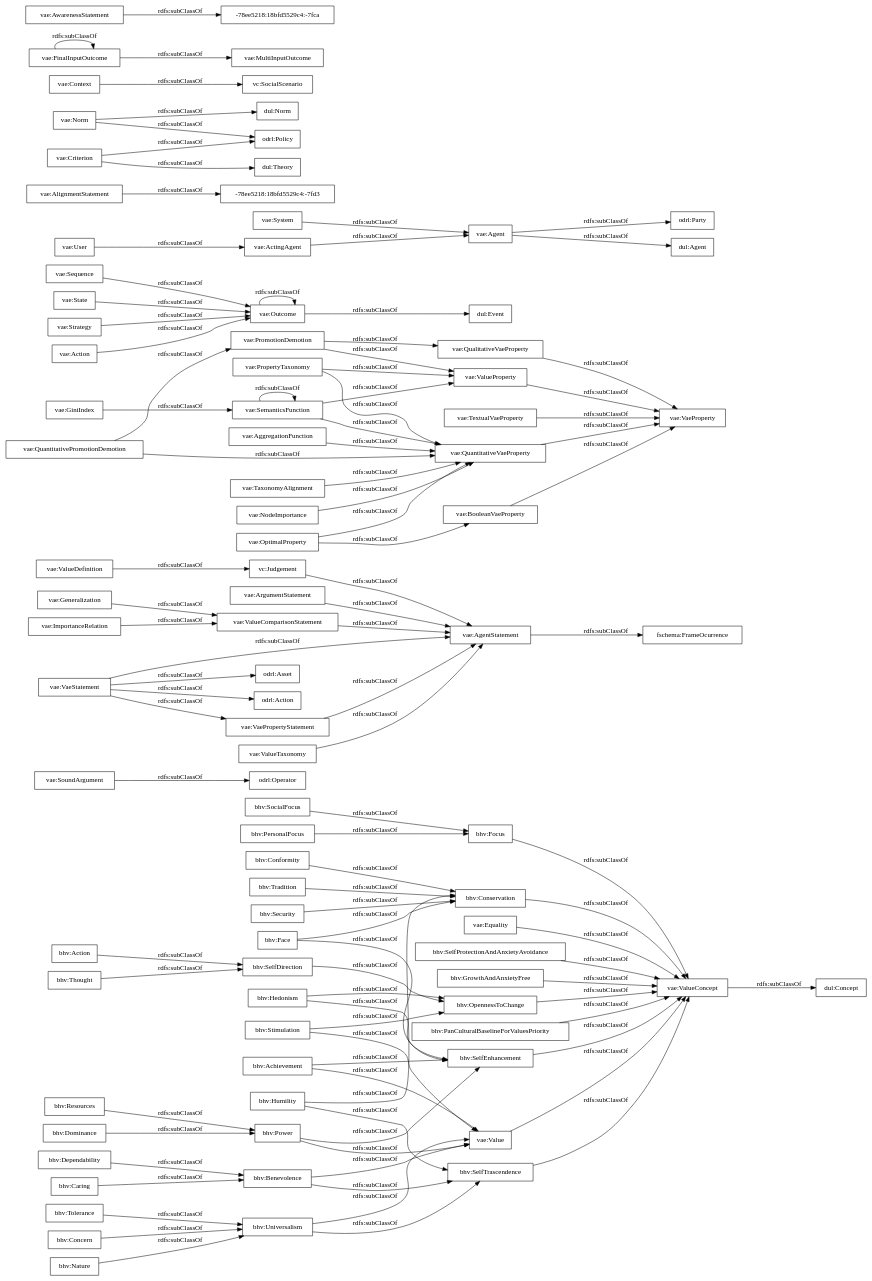
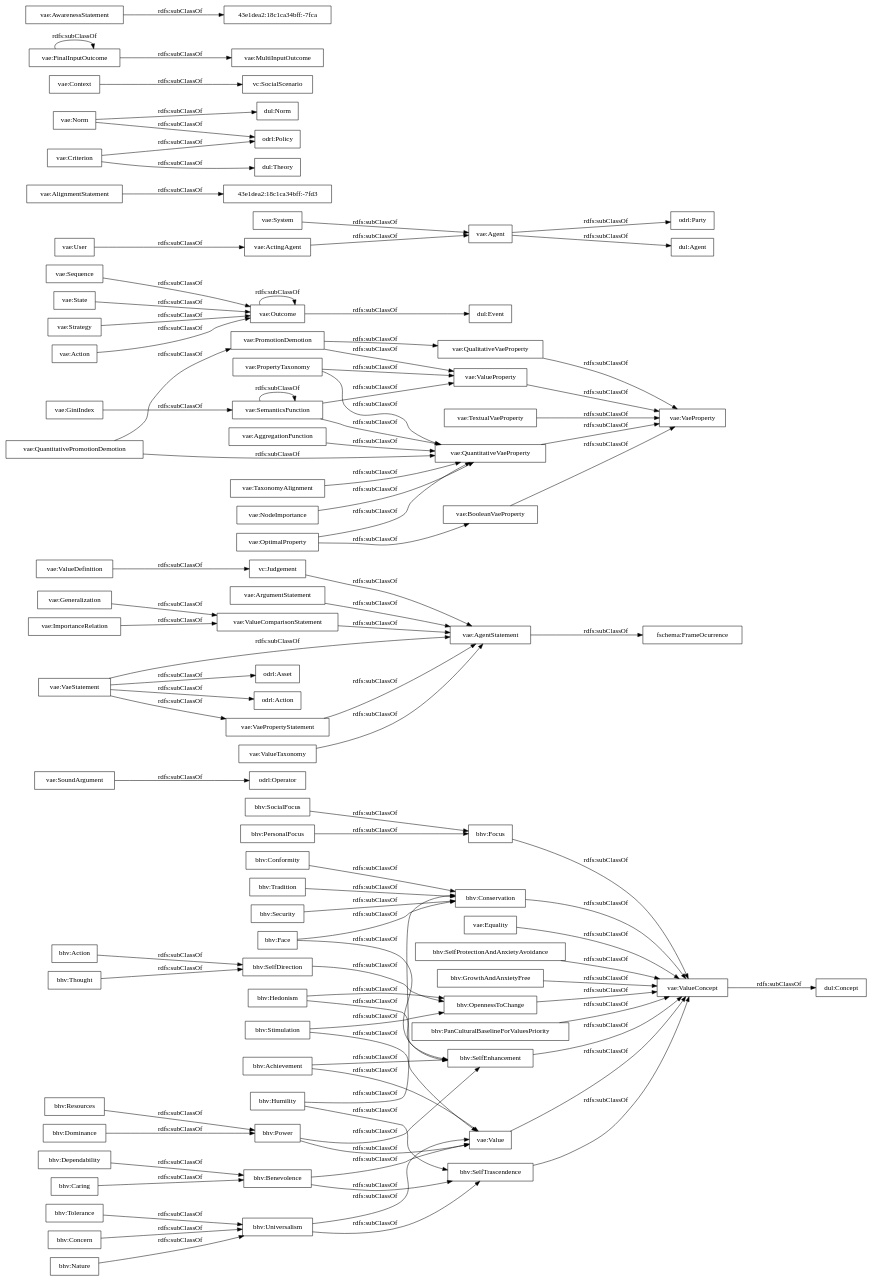
Before and after one commit to andresh26-uam/vae-ontology: the diagram in OnToology/vaeontology-v000.rdf/diagrams/ar2dtool-taxonomy/vaeontology-v000.rdf.png.dot, drawn with Graphviz. The commit also changed 81 other files, not shown here.

```diff
--- a/OnToology/vaeontology-v000.rdf/diagrams/ar2dtool-taxonomy/vaeontology-v000.rdf.png.dot
+++ b/OnToology/vaeontology-v000.rdf/diagrams/ar2dtool-taxonomy/vaeontology-v000.rdf.png.dot
@@ -1,102 +1,102 @@
 digraph ar2dtool_diagram { 
 rankdir=LR;
 size="1000"
-node [shape = rectangle, color="black"]; "bhv:Stimulation" "odrl:Operator" "vae:ValueDefinition" "vae:PropertyTaxonomy" "bhv:Tolerance" "vae:VaeProperty" "vae:QuantitativeVaeProperty" "vae:Sequence" "odrl:Party" "bhv:Tradition" "vae:Equality" "-78ee5218:18bfd5529c4:-7fd3" "vae:AlignmentStatement" "bhv:SocialFocus" "dul:Norm" "vae:Context" "bhv:Dominance" "vae:TextualVaeProperty" "vae:Generalization" "vae:MultiInputOutcome" "-78ee5218:18bfd5529c4:-7fca" "vae:AwarenessStatement" "bhv:Security" "dul:Agent" "vae:AggregationFunction" "bhv:SelfDirection" "vc:SocialScenario" "vae:System" "vae:AgentStatement" "vae:Outcome" "vae:Value" "odrl:Policy" "dul:Theory" "bhv:SelfProtectionAndAnxietyAvoidance" "vae:Criterion" "fschema:FrameOcurrence" "vae:FinalInputOutcome" "vae:ArgumentStatement" "vae:ValueProperty" "vae:ValueComparisonStatement" "dul:Concept" "bhv:Hedonism" "vae:VaeStatement" "odrl:Asset" "bhv:Concern" "vae:State" "vae:SoundArgument" "vae:ValueConcept" "bhv:GrowthAndAnxietyFree" "bhv:Thought" "bhv:Humility" "vae:QualitativeVaeProperty" "vae:Strategy" "bhv:Focus" "vae:ActingAgent" "bhv:Power" "bhv:Nature" "bhv:Benevolence" "bhv:Achievement" "vae:BooleanVaeProperty" "odrl:Action" "bhv:PanCulturalBaselineForValuesPriority" "vae:ImportanceRelation" "bhv:SelfTrascendence" "vae:Norm" "vae:OptimalProperty" "vae:TaxonomyAlignment" "bhv:Action" "bhv:Caring" "bhv:Resources" "bhv:Face" "vae:ValueTaxonomy" "vae:QuantitativePromotionDemotion" "vae:GiniIndex" "vae:User" "dul:Event" "bhv:Dependability" "bhv:Conformity" "vae:VaePropertyStatement" "bhv:Conservation" "vae:SemanticsFunction" "vae:Agent" "vae:PromotionDemotion" "vae:Action" "vae:NodeImportance" "bhv:Universalism" "vc:Judgement" "bhv:SelfEnhancement" "bhv:OpennessToChange" "bhv:PersonalFocus" ; /*classes style*/
+node [shape = rectangle, color="black"]; "bhv:Stimulation" "odrl:Operator" "vae:ValueDefinition" "vae:PropertyTaxonomy" "bhv:Tolerance" "vae:VaeProperty" "vae:QuantitativeVaeProperty" "vae:Sequence" "odrl:Party" "bhv:Tradition" "vae:Equality" "vae:AlignmentStatement" "bhv:SocialFocus" "dul:Norm" "vae:Context" "bhv:Dominance" "vae:Generalization" "vae:MultiInputOutcome" "vae:TextualVaeProperty" "vae:AwarenessStatement" "bhv:Security" "dul:Agent" "vae:AggregationFunction" "bhv:SelfDirection" "vc:SocialScenario" "vae:System" "vae:AgentStatement" "vae:Outcome" "vae:Value" "odrl:Policy" "dul:Theory" "bhv:SelfProtectionAndAnxietyAvoidance" "vae:Criterion" "fschema:FrameOcurrence" "vae:FinalInputOutcome" "vae:ArgumentStatement" "vae:ValueProperty" "vae:ValueComparisonStatement" "dul:Concept" "bhv:Hedonism" "vae:VaeStatement" "odrl:Asset" "bhv:Concern" "vae:State" "vae:SoundArgument" "vae:ValueConcept" "bhv:GrowthAndAnxietyFree" "bhv:Thought" "bhv:Humility" "vae:QualitativeVaeProperty" "vae:Strategy" "bhv:Focus" "vae:ActingAgent" "bhv:Power" "bhv:Nature" "bhv:Benevolence" "bhv:Achievement" "vae:BooleanVaeProperty" "odrl:Action" "bhv:PanCulturalBaselineForValuesPriority" "vae:ImportanceRelation" "bhv:SelfTrascendence" "vae:Norm" "vae:OptimalProperty" "43e1dea2:18c1ca34bff:-7fd3" "vae:TaxonomyAlignment" "bhv:Action" "bhv:Caring" "bhv:Resources" "bhv:Face" "vae:ValueTaxonomy" "vae:QuantitativePromotionDemotion" "vae:GiniIndex" "vae:User" "dul:Event" "bhv:Dependability" "bhv:Conformity" "vae:VaePropertyStatement" "bhv:Conservation" "43e1dea2:18c1ca34bff:-7fca" "vae:SemanticsFunction" "vae:Agent" "vae:PromotionDemotion" "vae:Action" "vae:NodeImportance" "bhv:Universalism" "vc:Judgement" "bhv:SelfEnhancement" "bhv:OpennessToChange" "bhv:PersonalFocus" ; /*classes style*/
 	"vae:GiniIndex" -> "vae:SemanticsFunction" [ label = "rdfs:subClassOf" ];
 	"vae:Strategy" -> "vae:Outcome" [ label = "rdfs:subClassOf" ];
 	"bhv:Face" -> "bhv:SelfEnhancement" [ label = "rdfs:subClassOf" ];
 	"bhv:Face" -> "bhv:Conservation" [ label = "rdfs:subClassOf" ];
 	"bhv:Universalism" -> "bhv:SelfTrascendence" [ label = "rdfs:subClassOf" ];
 	"bhv:Universalism" -> "vae:Value" [ label = "rdfs:subClassOf" ];
 	"bhv:Power" -> "bhv:SelfEnhancement" [ label = "rdfs:subClassOf" ];
 	"bhv:Power" -> "vae:Value" [ label = "rdfs:subClassOf" ];
 	"vae:Outcome" -> "vae:Outcome" [ label = "rdfs:subClassOf" ];
 	"vae:Outcome" -> "dul:Event" [ label = "rdfs:subClassOf" ];
 	"vae:ValueComparisonStatement" -> "vae:AgentStatement" [ label = "rdfs:subClassOf" ];
 	"vae:Sequence" -> "vae:Outcome" [ label = "rdfs:subClassOf" ];
 	"vae:Generalization" -> "vae:ValueComparisonStatement" [ label = "rdfs:subClassOf" ];
 	"vae:OptimalProperty" -> "vae:QuantitativeVaeProperty" [ label = "rdfs:subClassOf" ];
 	"vae:OptimalProperty" -> "vae:BooleanVaeProperty" [ label = "rdfs:subClassOf" ];
 	"vae:SemanticsFunction" -> "vae:ValueProperty" [ label = "rdfs:subClassOf" ];
 	"vae:SemanticsFunction" -> "vae:SemanticsFunction" [ label = "rdfs:subClassOf" ];
 	"vae:SemanticsFunction" -> "vae:QuantitativeVaeProperty" [ label = "rdfs:subClassOf" ];
 	"bhv:OpennessToChange" -> "vae:ValueConcept" [ label = "rdfs:subClassOf" ];
 	"vae:AgentStatement" -> "fschema:FrameOcurrence" [ label = "rdfs:subClassOf" ];
 	"vae:BooleanVaeProperty" -> "vae:VaeProperty" [ label = "rdfs:subClassOf" ];
 	"vae:Norm" -> "odrl:Policy" [ label = "rdfs:subClassOf" ];
 	"vae:Norm" -> "dul:Norm" [ label = "rdfs:subClassOf" ];
 	"bhv:Tolerance" -> "bhv:Universalism" [ label = "rdfs:subClassOf" ];
 	"bhv:Tradition" -> "bhv:Conservation" [ label = "rdfs:subClassOf" ];
 	"vae:ValueTaxonomy" -> "vae:AgentStatement" [ label = "rdfs:subClassOf" ];
 	"bhv:Nature" -> "bhv:Universalism" [ label = "rdfs:subClassOf" ];
 	"bhv:SelfTrascendence" -> "vae:ValueConcept" [ label = "rdfs:subClassOf" ];
 	"vae:VaeStatement" -> "vae:VaePropertyStatement" [ label = "rdfs:subClassOf" ];
 	"vae:VaeStatement" -> "vae:AgentStatement" [ label = "rdfs:subClassOf" ];
 	"vae:VaeStatement" -> "odrl:Asset" [ label = "rdfs:subClassOf" ];
 	"vae:VaeStatement" -> "odrl:Action" [ label = "rdfs:subClassOf" ];
 	"bhv:Resources" -> "bhv:Power" [ label = "rdfs:subClassOf" ];
 	"bhv:SocialFocus" -> "bhv:Focus" [ label = "rdfs:subClassOf" ];
 	"vae:Context" -> "vc:SocialScenario" [ label = "rdfs:subClassOf" ];
 	"bhv:Focus" -> "vae:ValueConcept" [ label = "rdfs:subClassOf" ];
 	"vae:Equality" -> "vae:ValueConcept" [ label = "rdfs:subClassOf" ];
 	"bhv:SelfEnhancement" -> "vae:ValueConcept" [ label = "rdfs:subClassOf" ];
 	"bhv:Benevolence" -> "bhv:SelfTrascendence" [ label = "rdfs:subClassOf" ];
 	"bhv:Benevolence" -> "vae:Value" [ label = "rdfs:subClassOf" ];
 	"bhv:Caring" -> "bhv:Benevolence" [ label = "rdfs:subClassOf" ];
 	"bhv:Concern" -> "bhv:Universalism" [ label = "rdfs:subClassOf" ];
 	"vae:Criterion" -> "odrl:Policy" [ label = "rdfs:subClassOf" ];
 	"vae:Criterion" -> "dul:Theory" [ label = "rdfs:subClassOf" ];
 	"vae:PromotionDemotion" -> "vae:ValueProperty" [ label = "rdfs:subClassOf" ];
 	"vae:PromotionDemotion" -> "vae:QualitativeVaeProperty" [ label = "rdfs:subClassOf" ];
 	"bhv:Achievement" -> "bhv:SelfEnhancement" [ label = "rdfs:subClassOf" ];
 	"bhv:Achievement" -> "vae:Value" [ label = "rdfs:subClassOf" ];
 	"bhv:GrowthAndAnxietyFree" -> "vae:ValueConcept" [ label = "rdfs:subClassOf" ];
 	"vae:System" -> "vae:Agent" [ label = "rdfs:subClassOf" ];
 	"vae:ArgumentStatement" -> "vae:AgentStatement" [ label = "rdfs:subClassOf" ];
 	"vae:ValueProperty" -> "vae:VaeProperty" [ label = "rdfs:subClassOf" ];
 	"bhv:Action" -> "bhv:SelfDirection" [ label = "rdfs:subClassOf" ];
 	"vae:NodeImportance" -> "vae:QuantitativeVaeProperty" [ label = "rdfs:subClassOf" ];
 	"vae:PropertyTaxonomy" -> "vae:ValueProperty" [ label = "rdfs:subClassOf" ];
 	"vae:PropertyTaxonomy" -> "vae:QuantitativeVaeProperty" [ label = "rdfs:subClassOf" ];
 	"vae:State" -> "vae:Outcome" [ label = "rdfs:subClassOf" ];
 	"bhv:Conservation" -> "vae:ValueConcept" [ label = "rdfs:subClassOf" ];
 	"vae:VaePropertyStatement" -> "vae:AgentStatement" [ label = "rdfs:subClassOf" ];
 	"vae:User" -> "vae:ActingAgent" [ label = "rdfs:subClassOf" ];
 	"vae:SoundArgument" -> "odrl:Operator" [ label = "rdfs:subClassOf" ];
 	"bhv:Security" -> "bhv:Conservation" [ label = "rdfs:subClassOf" ];
 	"bhv:Conformity" -> "bhv:Conservation" [ label = "rdfs:subClassOf" ];
 	"vc:Judgement" -> "vae:AgentStatement" [ label = "rdfs:subClassOf" ];
 	"bhv:Thought" -> "bhv:SelfDirection" [ label = "rdfs:subClassOf" ];
 	"vae:FinalInputOutcome" -> "vae:MultiInputOutcome" [ label = "rdfs:subClassOf" ];
 	"vae:FinalInputOutcome" -> "vae:FinalInputOutcome" [ label = "rdfs:subClassOf" ];
 	"bhv:SelfProtectionAndAnxietyAvoidance" -> "vae:ValueConcept" [ label = "rdfs:subClassOf" ];
 	"vae:ValueDefinition" -> "vc:Judgement" [ label = "rdfs:subClassOf" ];
 	"vae:TaxonomyAlignment" -> "vae:QuantitativeVaeProperty" [ label = "rdfs:subClassOf" ];
 	"bhv:Stimulation" -> "bhv:OpennessToChange" [ label = "rdfs:subClassOf" ];
 	"bhv:Stimulation" -> "vae:Value" [ label = "rdfs:subClassOf" ];
 	"vae:TextualVaeProperty" -> "vae:VaeProperty" [ label = "rdfs:subClassOf" ];
 	"vae:Action" -> "vae:Outcome" [ label = "rdfs:subClassOf" ];
 	"vae:AggregationFunction" -> "vae:QuantitativeVaeProperty" [ label = "rdfs:subClassOf" ];
-	"vae:AwarenessStatement" -> "-78ee5218:18bfd5529c4:-7fca" [ label = "rdfs:subClassOf" ];
+	"vae:AwarenessStatement" -> "43e1dea2:18c1ca34bff:-7fca" [ label = "rdfs:subClassOf" ];
 	"bhv:Dominance" -> "bhv:Power" [ label = "rdfs:subClassOf" ];
 	"vae:QualitativeVaeProperty" -> "vae:VaeProperty" [ label = "rdfs:subClassOf" ];
 	"vae:Agent" -> "odrl:Party" [ label = "rdfs:subClassOf" ];
 	"vae:Agent" -> "dul:Agent" [ label = "rdfs:subClassOf" ];
 	"bhv:PanCulturalBaselineForValuesPriority" -> "vae:ValueConcept" [ label = "rdfs:subClassOf" ];
 	"vae:Value" -> "vae:ValueConcept" [ label = "rdfs:subClassOf" ];
 	"vae:QuantitativeVaeProperty" -> "vae:VaeProperty" [ label = "rdfs:subClassOf" ];
 	"vae:QuantitativePromotionDemotion" -> "vae:QuantitativeVaeProperty" [ label = "rdfs:subClassOf" ];
 	"vae:QuantitativePromotionDemotion" -> "vae:PromotionDemotion" [ label = "rdfs:subClassOf" ];
 	"bhv:Dependability" -> "bhv:Benevolence" [ label = "rdfs:subClassOf" ];
 	"vae:ImportanceRelation" -> "vae:ValueComparisonStatement" [ label = "rdfs:subClassOf" ];
 	"vae:ValueConcept" -> "dul:Concept" [ label = "rdfs:subClassOf" ];
 	"bhv:Hedonism" -> "bhv:SelfEnhancement" [ label = "rdfs:subClassOf" ];
 	"bhv:Hedonism" -> "bhv:OpennessToChange" [ label = "rdfs:subClassOf" ];
 	"bhv:PersonalFocus" -> "bhv:Focus" [ label = "rdfs:subClassOf" ];
 	"bhv:SelfDirection" -> "bhv:OpennessToChange" [ label = "rdfs:subClassOf" ];
-	"vae:AlignmentStatement" -> "-78ee5218:18bfd5529c4:-7fd3" [ label = "rdfs:subClassOf" ];
+	"vae:AlignmentStatement" -> "43e1dea2:18c1ca34bff:-7fd3" [ label = "rdfs:subClassOf" ];
 	"vae:ActingAgent" -> "vae:Agent" [ label = "rdfs:subClassOf" ];
 	"bhv:Humility" -> "bhv:SelfTrascendence" [ label = "rdfs:subClassOf" ];
 	"bhv:Humility" -> "bhv:Conservation" [ label = "rdfs:subClassOf" ];
 
 }
```
